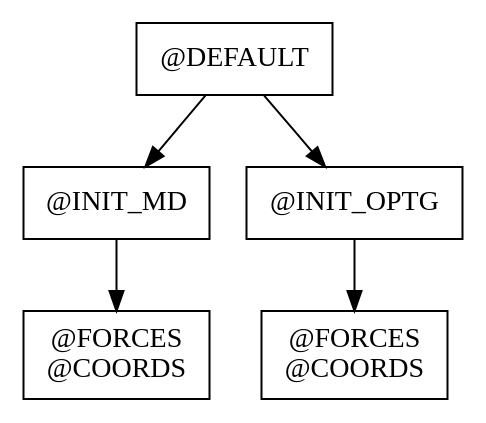
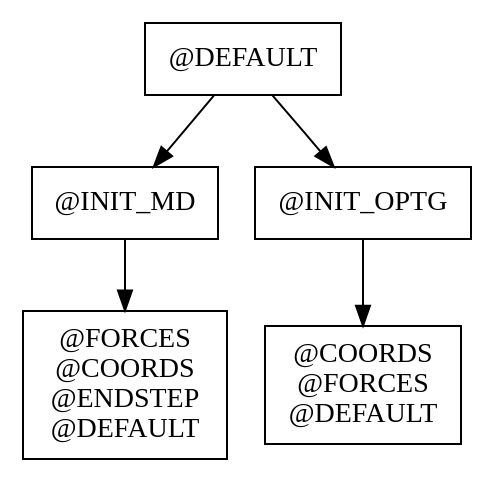
The diagram in report/graphs/node-report.gv (MolSSI-MDI/MDI_lammps), drawn with Graphviz before and after one commit. The commit also changed 5 other files, not shown here.

```diff
--- a/report/graphs/node-report.gv
+++ b/report/graphs/node-report.gv
@@ -1,14 +1,17 @@
 // Node Report
 digraph {
 	"@DEFAULT" [label="@DEFAULT" margin=0.1 shape=box]
 	"@INIT_MD" [label="@INIT_MD" margin=0.1 shape=box]
 	"@INIT_MD_" [label="@FORCES
-@COORDS" margin=0.1 shape=box]
+@COORDS
+@ENDSTEP
+@DEFAULT" margin=0.1 shape=box]
 	"@INIT_OPTG" [label="@INIT_OPTG" margin=0.1 shape=box]
-	"@INIT_OPTG_" [label="@FORCES
-@COORDS" margin=0.1 shape=box]
+	"@INIT_OPTG_" [label="@COORDS
+@FORCES
+@DEFAULT" margin=0.1 shape=box]
 	"@DEFAULT" -> "@INIT_MD"
 	"@DEFAULT" -> "@INIT_OPTG"
 	"@INIT_MD" -> "@INIT_MD_"
 	"@INIT_OPTG" -> "@INIT_OPTG_"
 }
```
